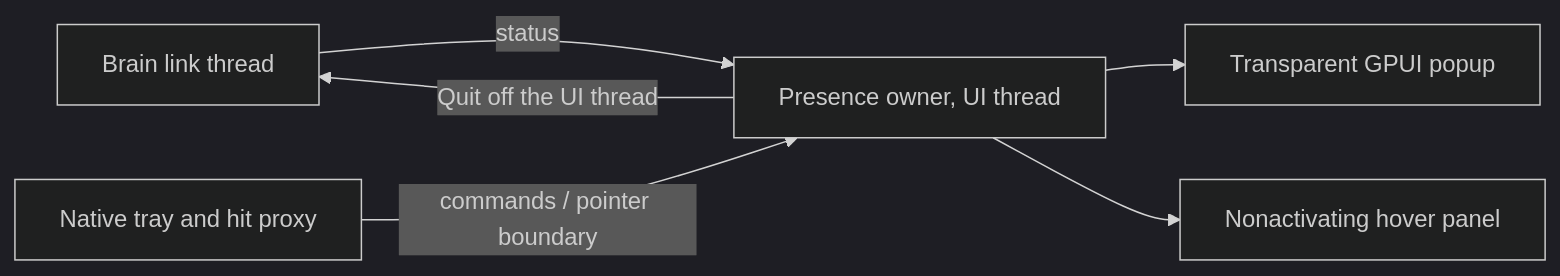
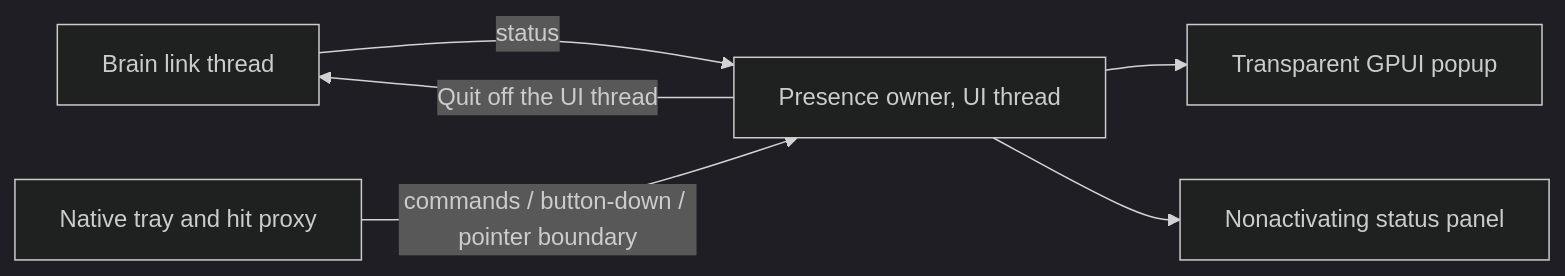
One commit to labcoder/capsula changed the first of 3 diagrams in docs/development/presence.md. Above: the diagram before and after it, drawn with Mermaid (dark theme). The commit also changed other lines of this file and 17 other files, not shown here.

````diff
--- a/docs/development/presence.md
+++ b/docs/development/presence.md
@@ -8,8 +8,8 @@
 ```mermaid
 flowchart LR
     Link["Brain link thread"] -->|status| Owner["Presence owner, UI thread"]
-    Native["Native tray and hit proxy"] -->|commands / pointer boundary| Owner
+    Native["Native tray and hit proxy"] -->|commands / button-down / pointer boundary| Owner
     Owner --> Dock["Transparent GPUI popup"]
-    Owner --> Panel["Nonactivating hover panel"]
+    Owner --> Panel["Nonactivating status panel"]
     Owner -->|Quit off the UI thread| Link
 ```
````
